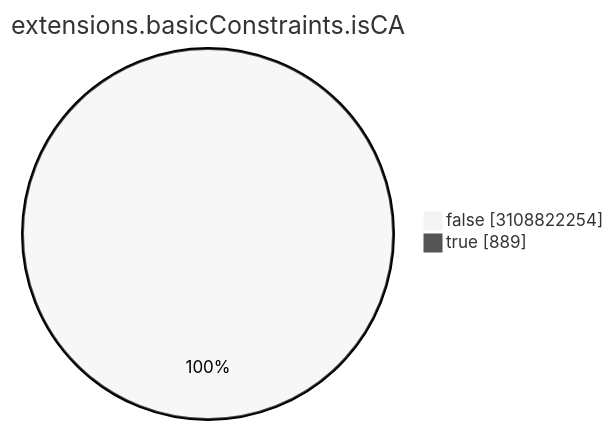
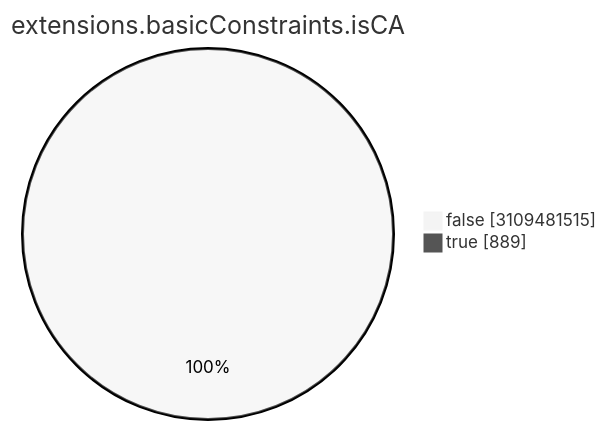
One commit to christiankrug/ctmonitor_visualization changed the seventh of 15 diagrams in TOTAL/README.md. Above: the diagram before and after it, drawn with Mermaid (neutral theme). The commit also changed other lines of this file, not shown here.

````diff
--- a/TOTAL/README.md
+++ b/TOTAL/README.md
@@ -3088,6 +3088,6 @@
 ```mermaid
 pie showData
 title extensions.basicConstraints.isCA
-"false" :3108822254
+"false" :3109481515
 "true" :889
 ```
````
